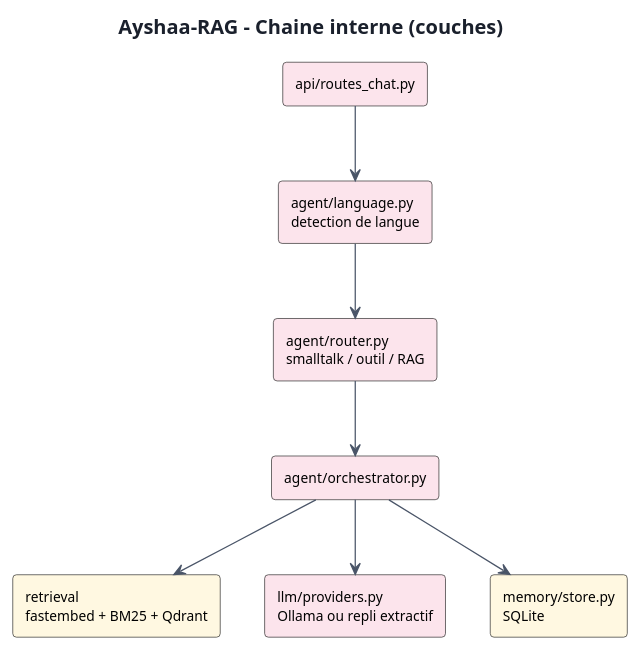
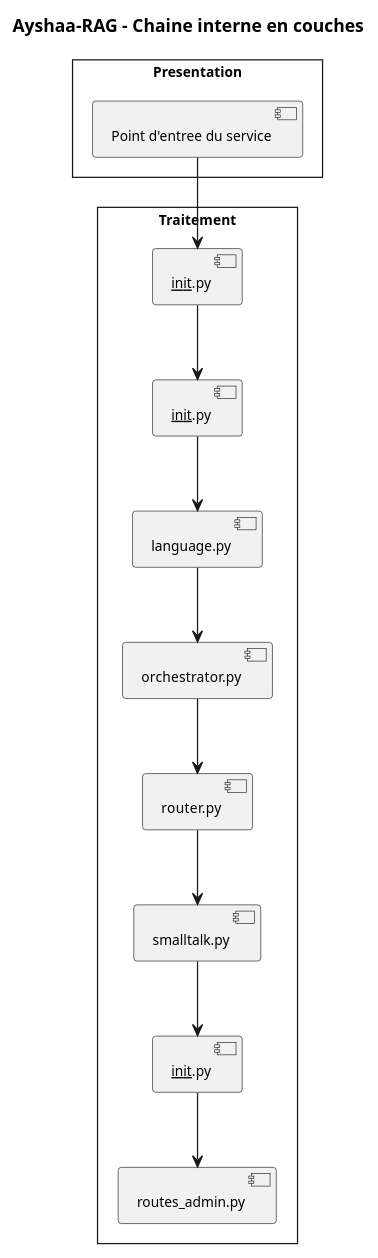
One commit to saber-barhoumi/Xpark-gmao changed the diagram in docs/diagrams/microservices/Ayshaa-RAG/Ayshaa-RAG-service-flow.puml. Above: the diagram before and after it, drawn with PlantUML. The commit also changed 37 other files, not shown here.

First line of the commit message:
docs(uml): correctifs semantiques sur les diagrammes des microservices

```diff
--- a/docs/diagrams/microservices/Ayshaa-RAG/Ayshaa-RAG-service-flow.puml
+++ b/docs/diagrams/microservices/Ayshaa-RAG/Ayshaa-RAG-service-flow.puml
@@ -1,33 +1,38 @@
 @startuml
 skinparam style strictuml
-skinparam backgroundColor #FFFFFF
+skinparam packageStyle rectangle
+skinparam classAttributeIconSize 0
 skinparam shadowing false
 skinparam defaultFontName Verdana
 skinparam defaultFontSize 11
-skinparam roundCorner 6
-skinparam ArrowColor #4A5568
-skinparam TitleFontSize 16
-skinparam TitleFontColor #1A202C
-skinparam NoteBackgroundColor #FFF8DC
-skinparam NoteBorderColor #D6BF7A
-skinparam componentStyle rectangle
+skinparam backgroundColor #FFFFFF
+hide empty members
 
-title Ayshaa-RAG - Chaine interne (couches)
+title Ayshaa-RAG - Chaine interne en couches
 
 skinparam componentStyle rectangle
 
-rectangle "api/routes_chat.py" as A #FCE4EC
-rectangle "agent/language.py\ndetection de langue" as B #FCE4EC
-rectangle "agent/router.py\nsmalltalk / outil / RAG" as C #FCE4EC
-rectangle "agent/orchestrator.py" as D #FCE4EC
-rectangle "retrieval\nfastembed + BM25 + Qdrant" as E #FFF8E1
-rectangle "llm/providers.py\nOllama ou repli extractif" as F #FCE4EC
-rectangle "memory/store.py\nSQLite" as G #FFF8E1
-A --> B
-B --> C
-C --> D
-D --> E
-D --> F
-D --> G
+package "Presentation" {
+  component "Point d'entree du service" as ENTREE
+}
+package "Traitement" {
+  component "__init__.py" as app___init___py
+  component "__init__.py" as app_agent___init___py
+  component "language.py" as app_agent_language_py
+  component "orchestrator.py" as app_agent_orchestrator_py
+  component "router.py" as app_agent_router_py
+  component "smalltalk.py" as app_agent_smalltalk_py
+  component "__init__.py" as app_api___init___py
+  component "routes_admin.py" as app_api_routes_admin_py
+}
+
+ENTREE --> app___init___py
+app___init___py --> app_agent___init___py
+app_agent___init___py --> app_agent_language_py
+app_agent_language_py --> app_agent_orchestrator_py
+app_agent_orchestrator_py --> app_agent_router_py
+app_agent_router_py --> app_agent_smalltalk_py
+app_agent_smalltalk_py --> app_api___init___py
+app_api___init___py --> app_api_routes_admin_py
 
 @enduml
```
